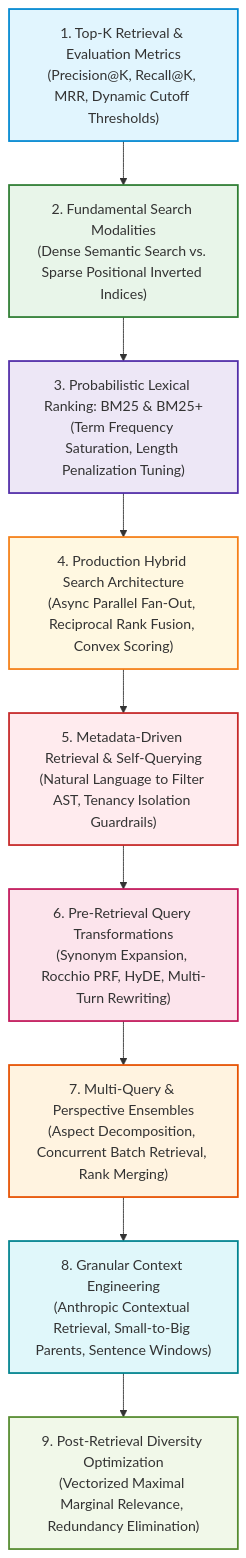
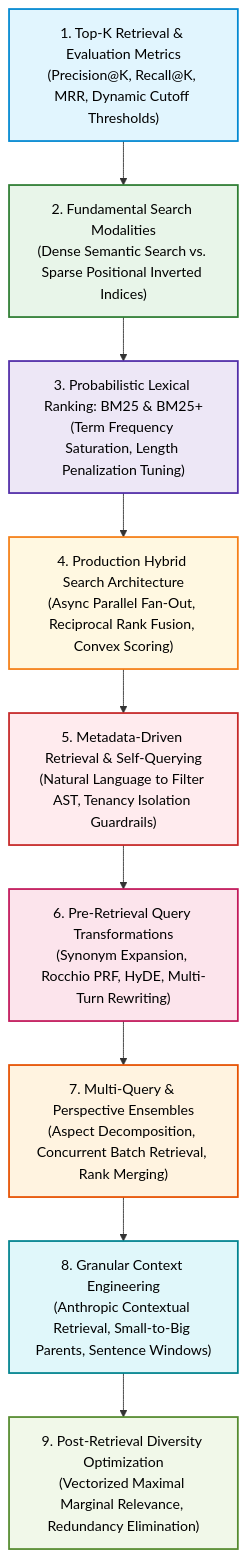
One commit to swapnil3104/RAG-Engineering changed the first of 2 diagrams in 04-Retrieval-Strategies/README.md. Above: the diagram before and after it, drawn with Mermaid. The commit also changed 108 other files, not shown here.

Commit message:
fix: make chart text visible across all Mermaid diagrams and resolve markdown table formatting issues

````diff
--- a/04-Retrieval-Strategies/README.md
+++ b/04-Retrieval-Strategies/README.md
@@ -30,25 +30,25 @@
 ```mermaid
 flowchart TD
     M1["1. Top-K Retrieval & Evaluation Metrics<br/>(Precision@K, Recall@K, MRR, Dynamic Cutoff Thresholds)"] --> M2["2. Fundamental Search Modalities<br/>(Dense Semantic Search vs. Sparse Positional Inverted Indices)"]
     
     M2 --> M3["3. Probabilistic Lexical Ranking: BM25 & BM25+<br/>(Term Frequency Saturation, Length Penalization Tuning)"]
     M3 --> M4["4. Production Hybrid Search Architecture<br/>(Async Parallel Fan-Out, Reciprocal Rank Fusion, Convex Scoring)"]
     
     M4 --> M5["5. Metadata-Driven Retrieval & Self-Querying<br/>(Natural Language to Filter AST, Tenancy Isolation Guardrails)"]
     M5 --> M6["6. Pre-Retrieval Query Transformations<br/>(Synonym Expansion, Rocchio PRF, HyDE, Multi-Turn Rewriting)"]
     
     M6 --> M7["7. Multi-Query & Perspective Ensembles<br/>(Aspect Decomposition, Concurrent Batch Retrieval, Rank Merging)"]
     M7 --> M8["8. Granular Context Engineering<br/>(Anthropic Contextual Retrieval, Small-to-Big Parents, Sentence Windows)"]
     
     M8 --> M9["9. Post-Retrieval Diversity Optimization<br/>(Vectorized Maximal Marginal Relevance, Redundancy Elimination)"]
 
-    style M1 fill:#e1f5fe,stroke:#0288d1,stroke-width:2px
-    style M2 fill:#e8f5e9,stroke:#2e7d32,stroke-width:2px
-    style M3 fill:#ede7f6,stroke:#512da8,stroke-width:2px
-    style M4 fill:#fff8e1,stroke:#f57f17,stroke-width:2px
-    style M5 fill:#ffebee,stroke:#c62828,stroke-width:2px
-    style M6 fill:#fce4ec,stroke:#c2185b,stroke-width:2px
-    style M7 fill:#fff3e0,stroke:#e65100,stroke-width:2px
-    style M8 fill:#e0f7fa,stroke:#00838f,stroke-width:2px
-    style M9 fill:#f1f8e9,stroke:#558b2f,stroke-width:2px
+    style M1 fill:#e1f5fe,stroke:#0288d1,stroke-width:2px,color:#000000
+    style M2 fill:#e8f5e9,stroke:#2e7d32,stroke-width:2px,color:#000000
+    style M3 fill:#ede7f6,stroke:#512da8,stroke-width:2px,color:#000000
+    style M4 fill:#fff8e1,stroke:#f57f17,stroke-width:2px,color:#000000
+    style M5 fill:#ffebee,stroke:#c62828,stroke-width:2px,color:#000000
+    style M6 fill:#fce4ec,stroke:#c2185b,stroke-width:2px,color:#000000
+    style M7 fill:#fff3e0,stroke:#e65100,stroke-width:2px,color:#000000
+    style M8 fill:#e0f7fa,stroke:#00838f,stroke-width:2px,color:#000000
+    style M9 fill:#f1f8e9,stroke:#558b2f,stroke-width:2px,color:#000000
 ```
````
